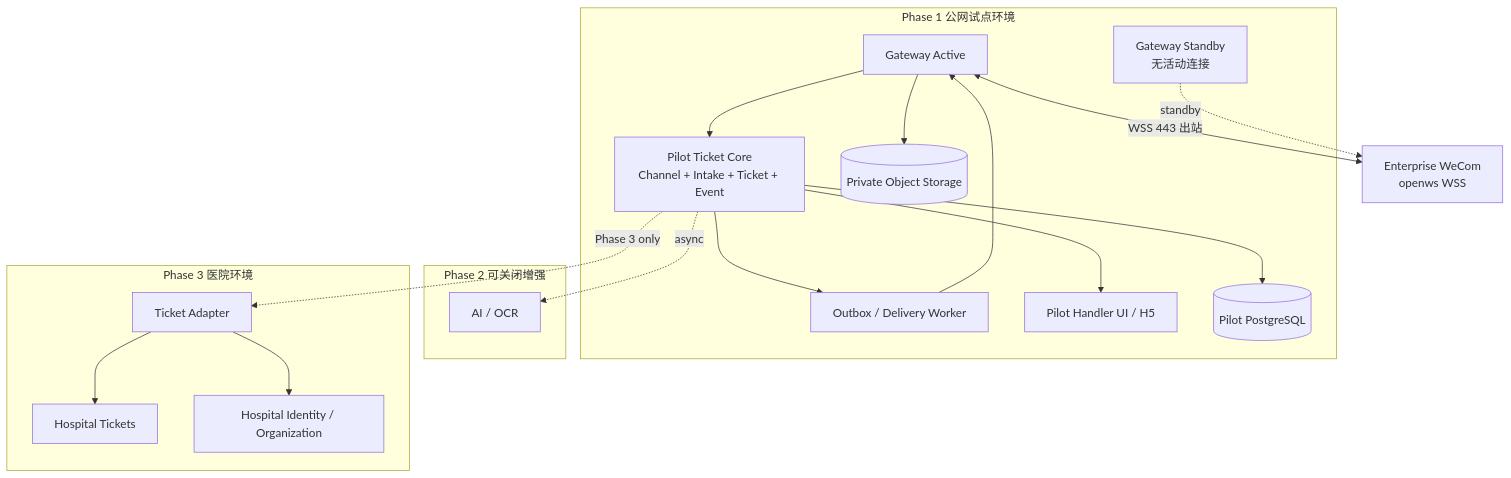
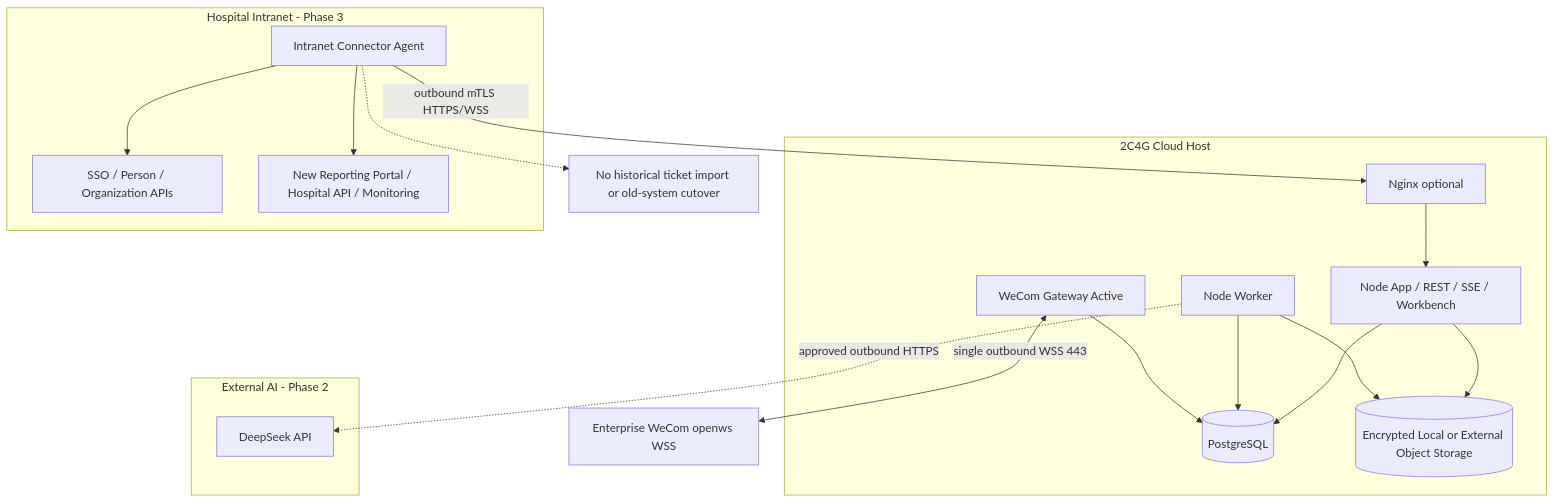
Before and after one commit to peterkis/Fault-Reporting-WeCom-Assistant: the diagram in architecture/deployment_topology.mmd, drawn with Mermaid. The commit also changed 53 other files, not shown here.

```diff
--- a/architecture/deployment_topology.mmd
+++ b/architecture/deployment_topology.mmd
@@ -1,35 +1,36 @@
 flowchart TB
-    CLOUD[Enterprise WeCom<br/>openws WSS]
+    WECOM[Enterprise WeCom openws WSS]
 
-    subgraph PILOT[Phase 1 公网试点环境]
-        GW1[Gateway Active]
-        GW2[Gateway Standby<br/>无活动连接]
-        CORE[Pilot Ticket Core<br/>Channel + Intake + Ticket + Event]
-        RELAY[Outbox / Delivery Worker]
-        H5[Pilot Handler UI / H5]
-        PG[(Pilot PostgreSQL)]
-        STORE[(Private Object Storage)]
+    subgraph CLOUD[2C4G Cloud Host]
+        EDGE[Nginx optional]
+        APP[Node App / REST / SSE / Workbench]
+        WORKER[Node Worker]
+        GW[WeCom Gateway Active]
+        PG[(PostgreSQL)]
+        STORE[(Encrypted Local or External Object Storage)]
     end
 
-    subgraph ENHANCEMENT[Phase 2 可关闭增强]
-        AI[AI / OCR]
+    subgraph INTRANET[Hospital Intranet - Phase 3]
+        CONNECTOR[Intranet Connector Agent]
+        SSO[SSO / Person / Organization APIs]
+        PORTAL[New Reporting Portal / Hospital API / Monitoring]
     end
 
-    subgraph HOSPITAL[Phase 3 医院环境]
-        ADAPTER[Ticket Adapter]
-        TICKETS[Hospital Tickets]
-        HM[Hospital Identity / Organization]
+    subgraph EXTERNAL[External AI - Phase 2]
+        MODEL[DeepSeek API]
     end
 
-    GW1 <-->|WSS 443 出站| CLOUD
-    GW2 -.standby.-> CLOUD
-    GW1 --> CORE
-    CORE --> PG
-    CORE --> RELAY
-    RELAY --> GW1
-    CORE --> H5
-    GW1 --> STORE
-    CORE -.async.-> AI
-    CORE -.Phase 3 only.-> ADAPTER
-    ADAPTER --> TICKETS
-    ADAPTER --> HM
+    GW <-->|single outbound WSS 443| WECOM
+    EDGE --> APP
+    APP --> PG
+    WORKER --> PG
+    GW --> PG
+    APP --> STORE
+    WORKER --> STORE
+    WORKER -.approved outbound HTTPS.-> MODEL
+    CONNECTOR --> SSO
+    CONNECTOR --> PORTAL
+    CONNECTOR -->|outbound mTLS HTTPS/WSS| EDGE
+
+    note1[No historical ticket import or old-system cutover]
+    CONNECTOR -.-> note1
```
